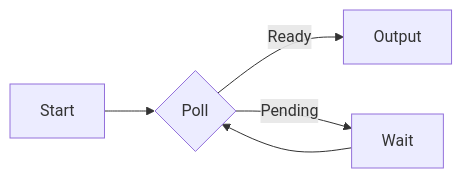
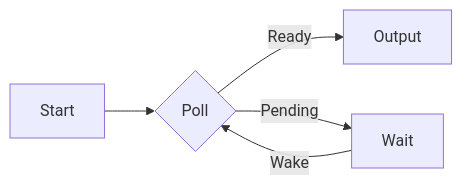
Before and after one commit to Awlaursen/rtic-examples: the first of 2 diagrams in presentation/slides.md, drawn with Mermaid. The commit also changed other lines of this file and 3 other files, not shown here.

````diff
--- a/presentation/slides.md
+++ b/presentation/slides.md
@@ -89,8 +99,7 @@
 ```mermaid
 graph LR
     A[Start] --> B{Poll}
     B -->|Ready| C[Output]
     B -->|Pending| D[Wait]
-    D --> B
-
-```
+    D -->|Wake| B
+``` 
````
